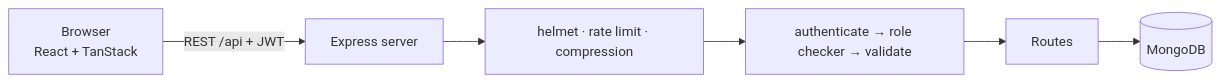
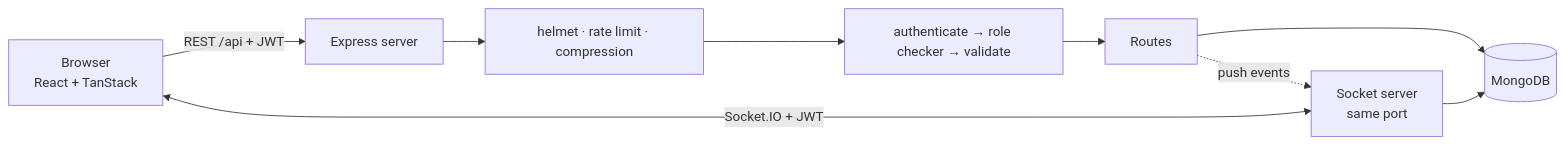
One commit to maiaabidhoon/Project-Board changed the diagram in README.md. Above: the diagram before and after it, drawn with Mermaid. The commit also changed other lines of this file and 44 other files, not shown here.

````diff
--- a/README.md
+++ b/README.md
@@ -109,8 +137,11 @@
 ```mermaid
 flowchart LR
   B[Browser<br/>React + TanStack] -->|REST /api + JWT| S[Express server]
   S --> M1[helmet · rate limit · compression]
   M1 --> M2[authenticate → role checker → validate]
   M2 --> R[Routes]
   R --> D[(MongoDB)]
+  B <-->|Socket.IO + JWT| W[Socket server<br/>same port]
+  W --> D
+  R -.->|push events| W
 ```
````
